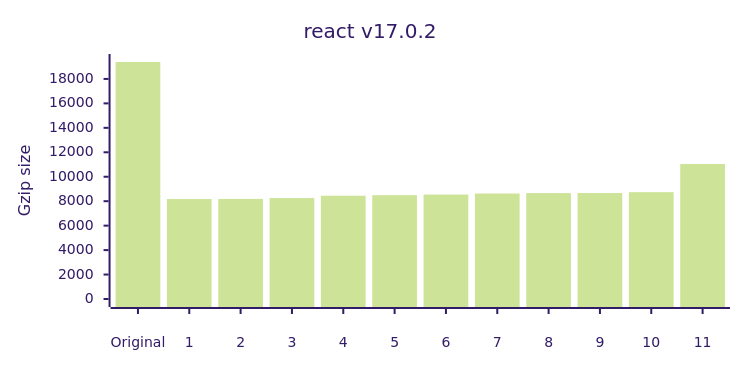
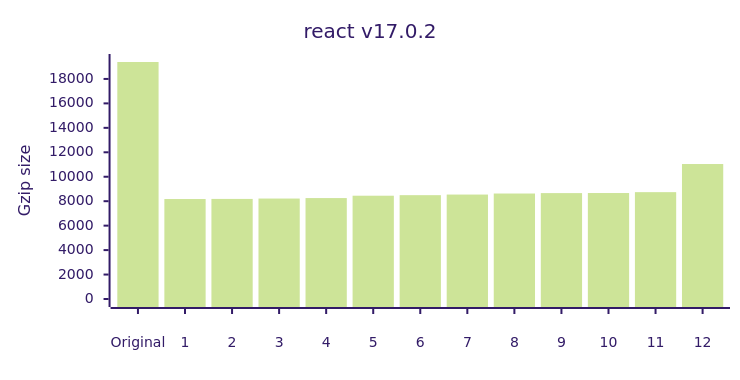
One commit to privatenumber/minification-benchmarks changed the first of 12 diagrams in README.md. Above: the diagram before and after it, drawn with Mermaid (forest theme). The commit also changed other lines of this file and 1 other file, not shown here.

````diff
--- a/README.md
+++ b/README.md
@@ -77,17 +77,17 @@
 ```mermaid
 ---
 config:
     xyChart:
         width: 720
         height: 360
         xAxis:
             labelPadding: 20
         yAxis:
             labelPadding: 10
 ---
 xychart-beta
 	title "react v17.0.2"
-	x-axis ["Original",1,2,3,4,5,6,7,8,9,10,11]
+	x-axis ["Original",1,2,3,4,5,6,7,8,9,10,11,12]
 	y-axis "Gzip size" 0 --> 19385
-	bar [19385,8177,8186,8255,8448,8493,8543,8628,8661,8668,8739,11040]
+	bar [19385,8177,8186,8216,8255,8448,8493,8543,8628,8661,8668,8739,11040]
 ```
````
